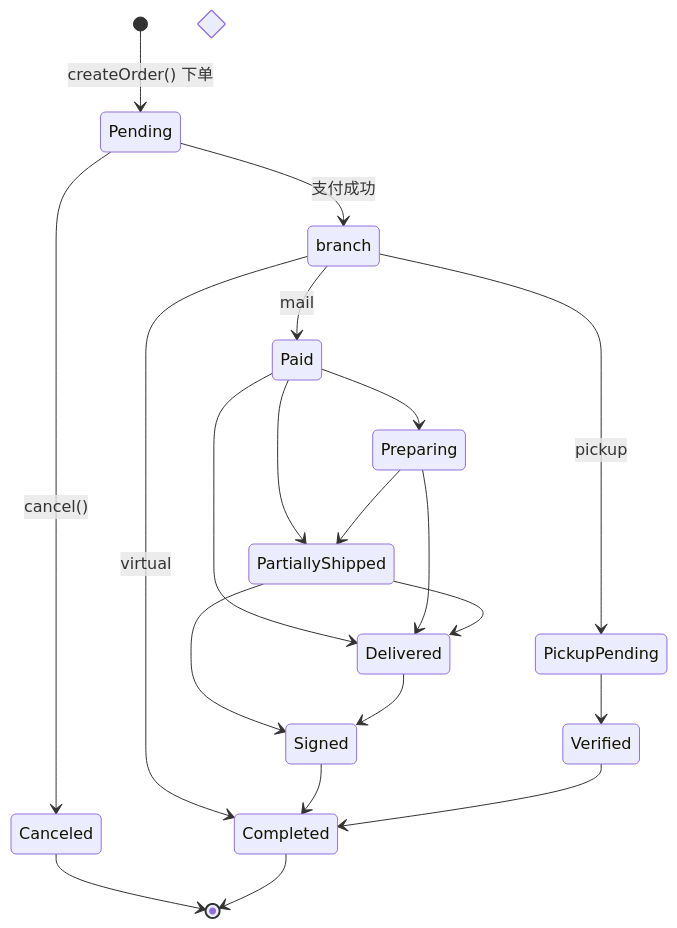
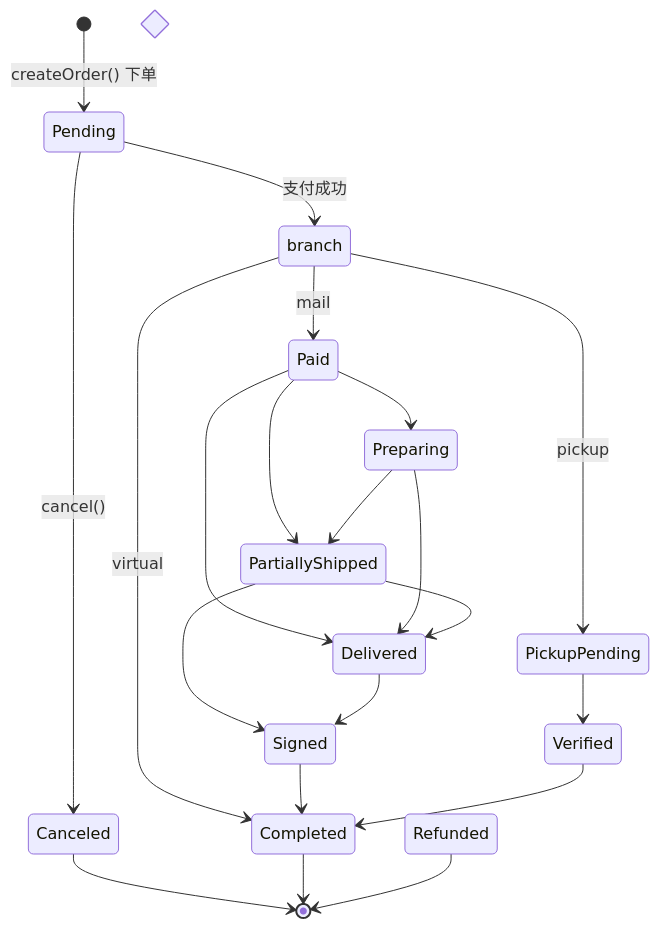
One commit to jasonencode/saas changed the fourth of 5 diagrams in docs/flows/order-status.md. Above: the diagram before and after it, drawn with Mermaid. The commit also changed other lines of this file and 33 other files, not shown here.

````diff
--- a/docs/flows/order-status.md
+++ b/docs/flows/order-status.md
@@ -140,28 +153,29 @@
 ```mermaid
 stateDiagram-v2
     [*] --> Pending : createOrder() 下单
 
     Pending --> Canceled : cancel()
     state "pay() 按履约方式分流" as branch <<choice>>
     Pending --> branch : 支付成功
 
     branch --> Paid : mail
     branch --> PickupPending : pickup
     branch --> Completed : virtual
 
     Paid --> Preparing
     Paid --> PartiallyShipped
     Paid --> Delivered
     Preparing --> PartiallyShipped
     Preparing --> Delivered
     PartiallyShipped --> Delivered
     PartiallyShipped --> Signed
     Delivered --> Signed
     Signed --> Completed
 
     PickupPending --> Verified
     Verified --> Completed
 
     Canceled --> [*]
     Completed --> [*]
+    Refunded --> [*]
 ```
````
